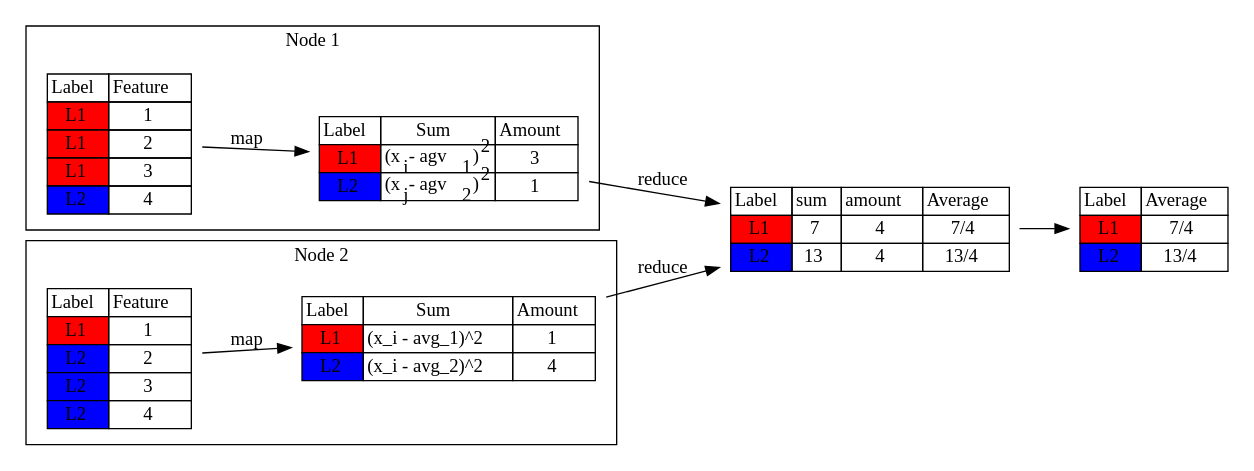
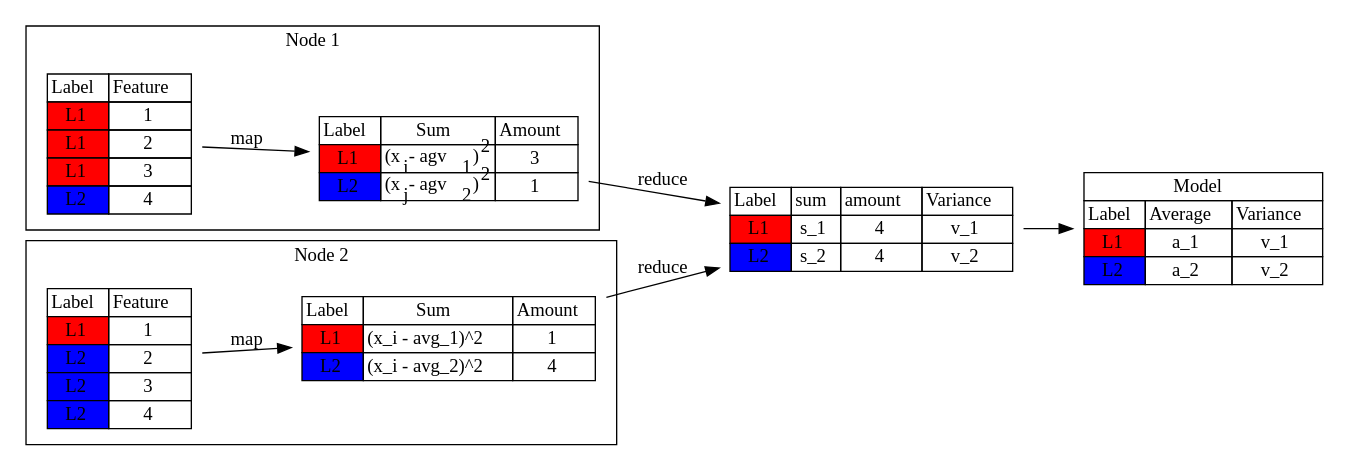
The diagram in variance-map-reduce.gv (dehasi/grapviz), drawn with Graphviz before and after one commit.

Commit message:
Add map reduce example

```diff
--- a/variance-map-reduce.gv
+++ b/variance-map-reduce.gv
@@ -1,66 +1,67 @@
 digraph G {
 rankdir=LR;
 
 subgraph cluster_1 {
   label="Node 1"
   node1 -> temp1 [label="map"]
 }
 
 subgraph cluster_2 {
   label="Node 2"
   node2 -> temp2 [label="map"]
 }
 
 temp1 -> trainer [label="reduce"]
 temp2 -> trainer [label="reduce"]
 trainer -> model
 
 node1 [shape=plaintext label=<
 <TABLE BORDER="0" CELLBORDER="1" CELLSPACING="0">
   <TR><TD>Label</TD><TD>Feature</TD></TR>
   <TR><TD BGCOLOR="red">L1</TD><TD>1</TD></TR>
   <TR><TD BGCOLOR="red">L1</TD><TD>2</TD></TR>
   <TR><TD BGCOLOR="red">L1</TD><TD>3</TD></TR>
   <TR><TD BGCOLOR="blue">L2</TD><TD>4</TD></TR>
 </TABLE>>];
 
 
 node2 [shape=plaintext label=<
 <TABLE BORDER="0" CELLBORDER="1" CELLSPACING="0">
   <TR><TD>Label</TD><TD>Feature</TD></TR>
   <TR><TD BGCOLOR="red">L1</TD><TD>1</TD></TR>
   <TR><TD BGCOLOR="blue">L2</TD><TD>2</TD></TR>
   <TR><TD BGCOLOR="blue">L2</TD><TD>3</TD></TR>
   <TR><TD BGCOLOR="blue">L2</TD><TD>4</TD></TR>
 </TABLE>>];
 
 temp1 [shape=plaintext label=<
 <TABLE BORDER="0" CELLBORDER="1" CELLSPACING="0">
   <TR><TD>Label</TD><TD>Sum</TD><TD>Amount</TD></TR>
   <TR><TD BGCOLOR="red" >L1</TD><TD>(x<sub>i</sub> - agv<sub>1</sub>)<sup>2</sup></TD><TD>3</TD></TR>
   <TR><TD BGCOLOR="blue">L2</TD><TD>(x<sub>j</sub> - agv<sub>2</sub>)<sup>2</sup></TD><TD>1</TD></TR>
 </TABLE>>];
 
 
 temp2 [shape=plaintext label=<
 <TABLE BORDER="0" CELLBORDER="1" CELLSPACING="0">
   <TR><TD>Label</TD><TD>Sum</TD><TD>Amount</TD></TR>
   <TR><TD BGCOLOR="red">L1</TD><TD>(x_i - avg_1)^2</TD><TD>1</TD></TR>
   <TR><TD BGCOLOR="blue">L2</TD><TD>(x_i - avg_2)^2</TD><TD>4</TD></TR>
 </TABLE>>];
 
 trainer [shape=plaintext label=<
 <TABLE BORDER="0" CELLBORDER="1" CELLSPACING="0">
-  <TR><TD>Label</TD><TD>sum</TD><TD>amount</TD><TD>Average</TD></TR>
-  <TR><TD BGCOLOR="red">L1</TD><TD>7</TD><TD>4</TD><TD>7/4</TD></TR>
-  <TR><TD BGCOLOR="blue">L2</TD><TD>13</TD><TD>4</TD><TD>13/4</TD></TR>
+  <TR><TD>Label</TD><TD>sum</TD><TD>amount</TD><TD>Variance</TD></TR>
+  <TR><TD BGCOLOR="red">L1</TD><TD>s_1</TD><TD>4</TD><TD>v_1</TD></TR>
+  <TR><TD BGCOLOR="blue">L2</TD><TD>s_2</TD><TD>4</TD><TD>v_2</TD></TR>
 </TABLE>>];
 
 model [shape=plaintext label=<
 <TABLE BORDER="0" CELLBORDER="1" CELLSPACING="0">
-  <TR><TD>Label</TD><TD>Average</TD></TR>
-  <TR><TD BGCOLOR="red">L1</TD><TD>7/4</TD></TR>
-  <TR><TD BGCOLOR="blue">L2</TD><TD>13/4</TD></TR>
+  <TR><TD colspan="3">Model</TD></TR>
+  <TR><TD>Label</TD><TD>Average</TD><TD>Variance</TD></TR>
+  <TR><TD BGCOLOR="red">L1</TD><TD>a_1</TD><TD>v_1</TD></TR>
+  <TR><TD BGCOLOR="blue">L2</TD><TD>a_2</TD><TD>v_2</TD></TR>
 </TABLE>>];
 
 }
```
